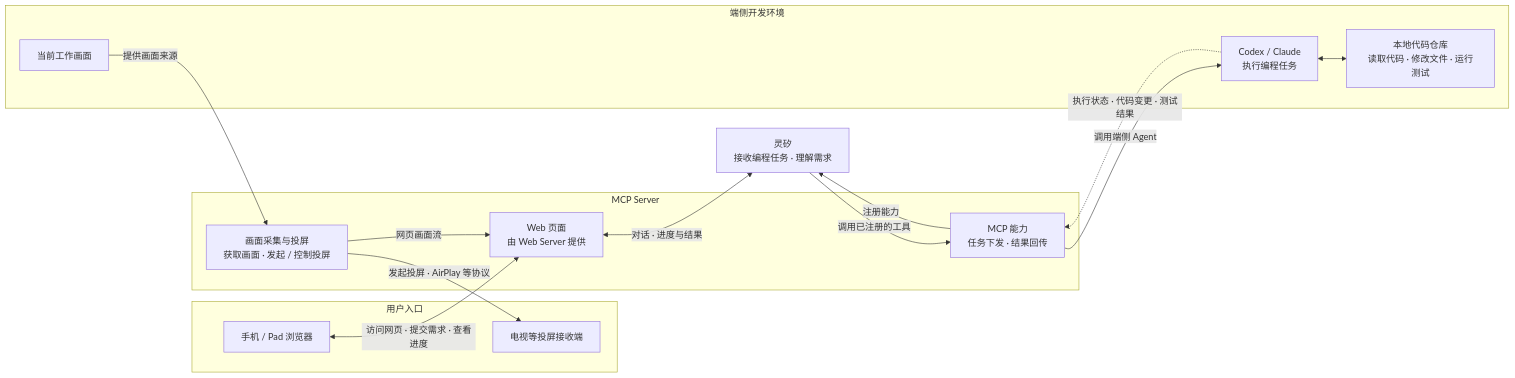
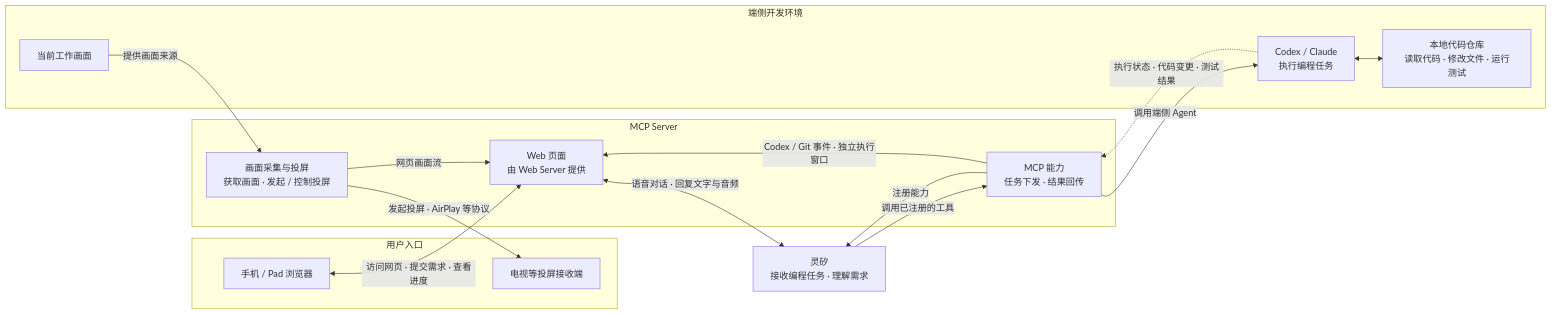
One commit to felix-001/speak2code changed the diagram in README.md. Above: the diagram before and after it, drawn with Mermaid. The commit also changed other lines of this file and 9 other files, not shown here.

````diff
--- a/README.md
+++ b/README.md
@@ -110,31 +110,32 @@
 ```mermaid
 flowchart LR
     subgraph client["用户入口"]
         device["手机 / Pad 浏览器"]
         display["电视等投屏接收端"]
     end
 
     subgraph server["MCP Server"]
         page["Web 页面<br/>由 Web Server 提供"]
         tools["MCP 能力<br/>任务下发 · 结果回传"]
         casting["画面采集与投屏<br/>获取画面 · 发起 / 控制投屏"]
     end
     lingxi["灵矽<br/>接收编程任务 · 理解需求"]
 
     subgraph edge["端侧开发环境"]
         agents["Codex / Claude<br/>执行编程任务"]
         workspace["本地代码仓库<br/>读取代码 · 修改文件 · 运行测试"]
         screen["当前工作画面"]
         agents <--> workspace
     end
 
     device <-->|"访问网页 · 提交需求 · 查看进度"| page
-    page <-->|"对话 · 进度与结果"| lingxi
+    page <-->|"语音对话 · 回复文字与音频"| lingxi
+    tools -->|"Codex / Git 事件 · 独立执行窗口"| page
     tools -->|"注册能力"| lingxi
     lingxi -->|"调用已注册的工具"| tools
     tools -->|"调用端侧 Agent"| agents
     agents -.->|"执行状态 · 代码变更 · 测试结果"| tools
     screen -->|"提供画面来源"| casting
     casting -->|"发起投屏 · AirPlay 等协议"| display
     casting -->|"网页画面流"| page
 ```
````
